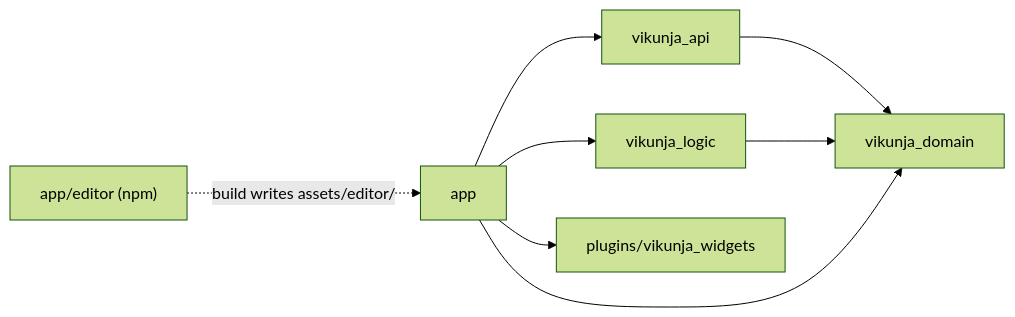
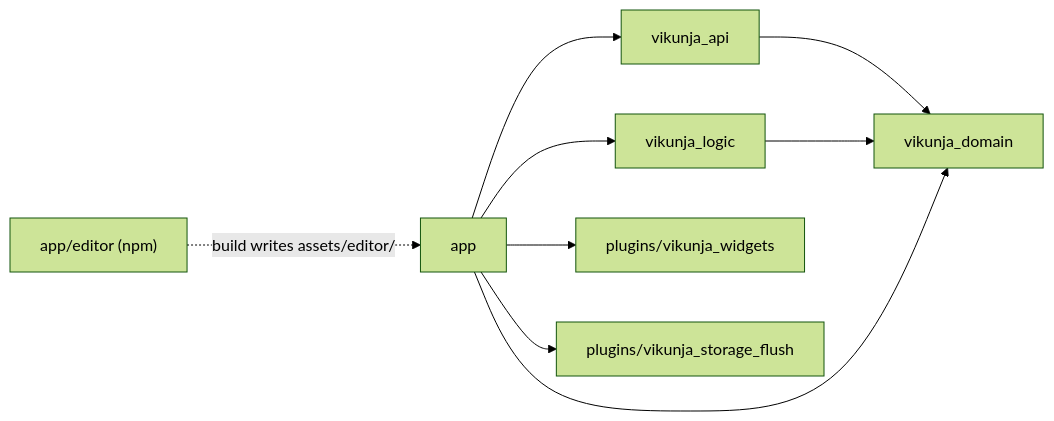
One commit to go-vikunja/app changed the first of 2 diagrams in docs/architecture.md. Above: the diagram before and after it, drawn with Mermaid (forest theme). The commit also changed other lines of this file and 158 other files, not shown here.

````diff
--- a/docs/architecture.md
+++ b/docs/architecture.md
@@ -31,8 +32,9 @@
 ```mermaid
 flowchart LR
   APP["app"] --> API["vikunja_api"] --> DOM["vikunja_domain"]
   APP --> LOGIC["vikunja_logic"] --> DOM
   APP --> DOM
   APP --> WIDGETS["plugins/vikunja_widgets"]
+  APP --> FLUSH["plugins/vikunja_storage_flush"]
   EDITOR["app/editor (npm)"] -. "build writes assets/editor/" .-> APP
 ```
````
